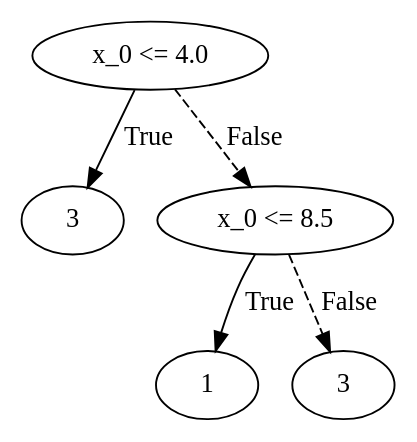
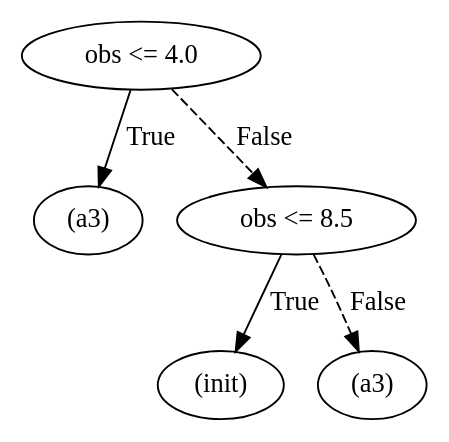
Before and after one commit to muqsit-azeem/pomdp-explainable-strategies: the diagram in quantitative/explainable-fsc/milos-aaai97-cutoffstrategy/schedulers/0/default.dot, drawn with Graphviz. The commit also changed 1006 other files, not shown here.

```diff
--- a/quantitative/explainable-fsc/milos-aaai97-cutoffstrategy/schedulers/0/default.dot
+++ b/quantitative/explainable-fsc/milos-aaai97-cutoffstrategy/schedulers/0/default.dot
@@ -1,12 +1,12 @@
 digraph {
-0 [label="x_0 <= 4.0"];
-1 [label="3"];
+0 [label="obs <= 4.0"];
+1 [label="(a3)"];
 0 -> 1 [label="True"];
-2 [label="x_0 <= 8.5"];
-3 [label="1"];
+2 [label="obs <= 8.5"];
+3 [label="(init)"];
 2 -> 3 [label="True"];
-4 [label="3"];
+4 [label="(a3)"];
 2 -> 4 [style="dashed", label="False"];
 0 -> 2 [style="dashed", label="False"];
 
 }
```
